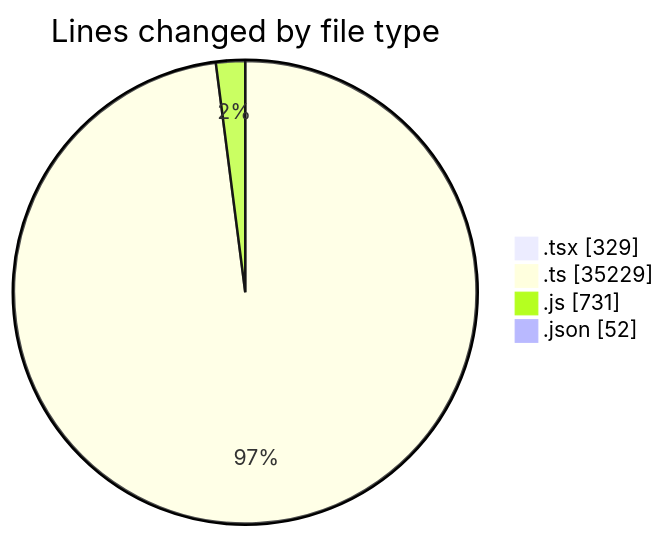
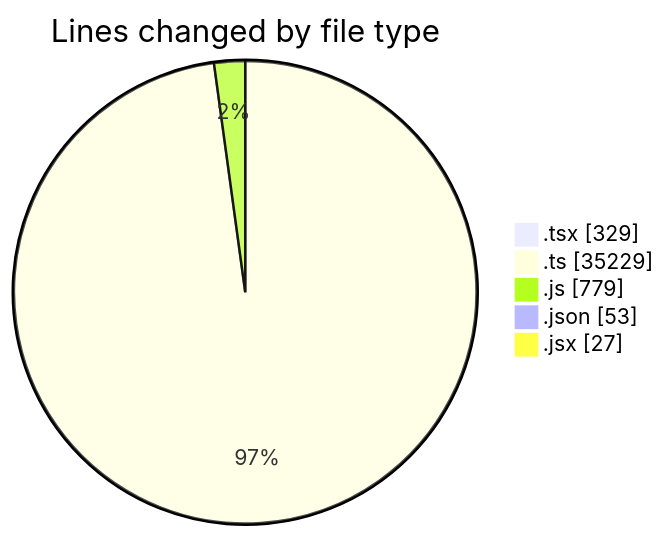
The first of 2 diagrams in 2025-12-17/cda/README.md (momahboobian/code-tracking), drawn with Mermaid before and after one commit. The commit also changed other lines of this file and 1 other file, not shown here.

````diff
--- a/2025-12-17/cda/README.md
+++ b/2025-12-17/cda/README.md
@@ -38,8 +41,9 @@
 ```mermaid
 pie showData
 title Lines changed by file type
 ".tsx" : 329
 ".ts" : 35229
-".js" : 731
-".json" : 52
+".js" : 779
+".json" : 53
+".jsx" : 27
 ```
````
